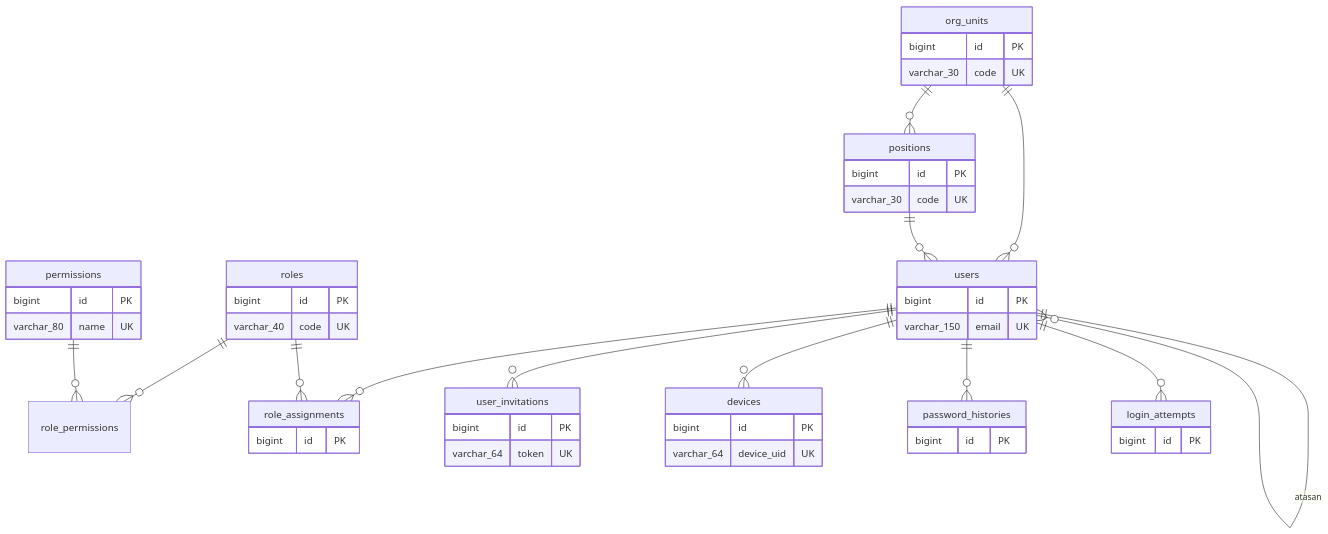
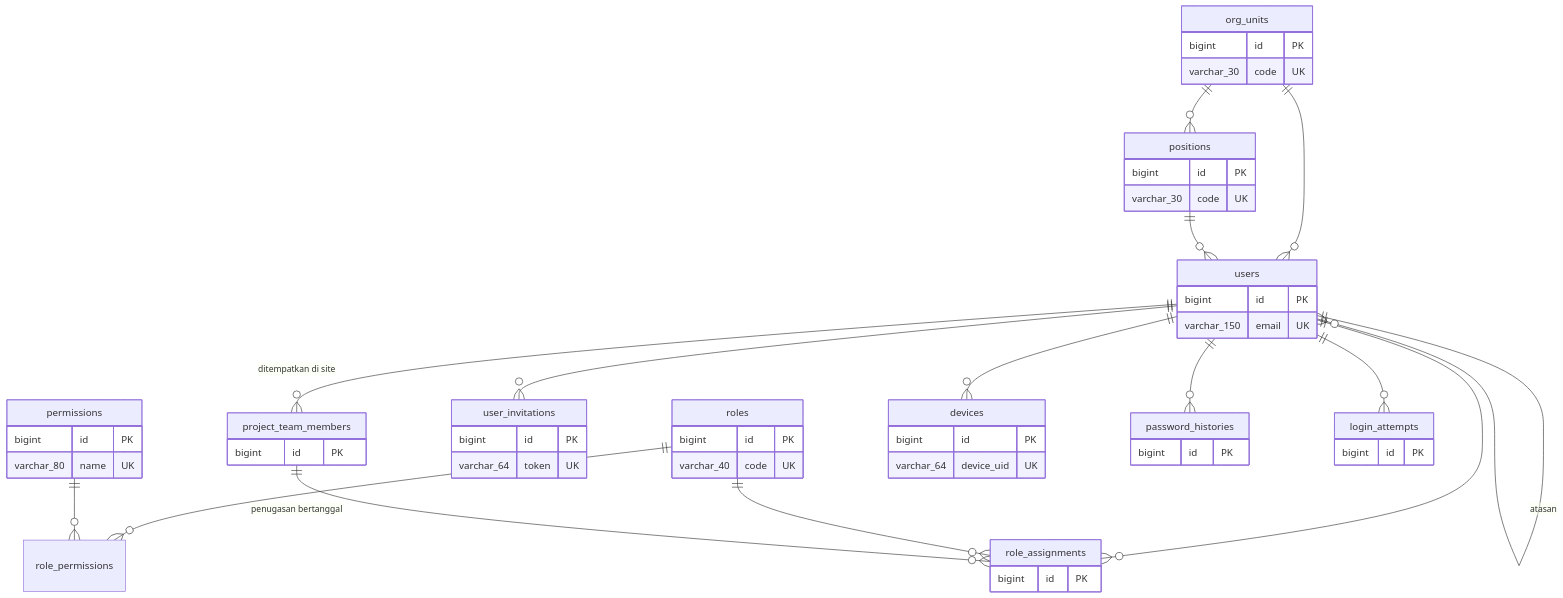
The second of 3 diagrams in docs/wms/08a-model-data-inti.md (HengkyDarmawan/wms), drawn with Mermaid before and after one commit. The commit also changed other lines of this file and 88 other files, not shown here.

````diff
--- a/docs/wms/08a-model-data-inti.md
+++ b/docs/wms/08a-model-data-inti.md
@@ -143,54 +143,59 @@
 ```mermaid
 erDiagram
   users {
     bigint id PK
     varchar_150 email UK
   }
   roles {
     bigint id PK
     varchar_40 code UK
   }
   permissions {
     bigint id PK
     varchar_80 name UK
   }
   role_permissions {
   }
   role_assignments {
     bigint id PK
   }
   org_units {
     bigint id PK
     varchar_30 code UK
   }
   positions {
     bigint id PK
     varchar_30 code UK
   }
   user_invitations {
     bigint id PK
     varchar_64 token UK
   }
+  project_team_members {
+    bigint id PK
+  }
   devices {
     bigint id PK
     varchar_64 device_uid UK
   }
   password_histories {
     bigint id PK
   }
   login_attempts {
     bigint id PK
   }
   users ||--o{ role_assignments : " "
   roles ||--o{ role_assignments : " "
   roles ||--o{ role_permissions : " "
   permissions ||--o{ role_permissions : " "
   org_units ||--o{ positions : " "
   org_units ||--o{ users : " "
   positions ||--o{ users : " "
   users ||--o{ users : "atasan"
   users ||--o{ user_invitations : " "
   users ||--o{ devices : " "
   users ||--o{ password_histories : " "
   users ||--o{ login_attempts : " "
+  users ||--o{ project_team_members : "ditempatkan di site"
+  project_team_members ||--o{ role_assignments : "penugasan bertanggal"
 ```
````
